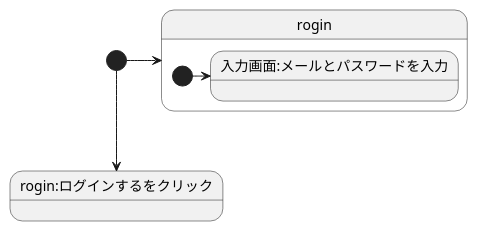
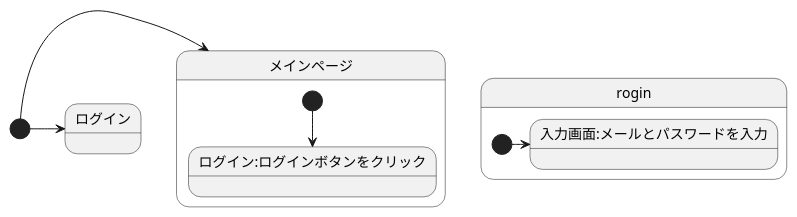
Before and after one commit to akutori/T-D-E: the diagram in UML.md, drawn with PlantUML. The commit also changed 1 other file, not shown here.

````diff
--- a/UML.md
+++ b/UML.md
@@ -1,14 +1,17 @@
 ```uml
 @startuml
-[*] --> rogin:ログインするをクリック
+[*]->メインページ
+state メインページ{
+    [*]--> ログイン:ログインボタンをクリック
+}
 
-[*] -> rogin
+[*] -> ログイン
 
 state rogin{
     [*]-> 入力画面:メールとパスワードを入力
 }
 
 
 
 @enduml
 ```
````
